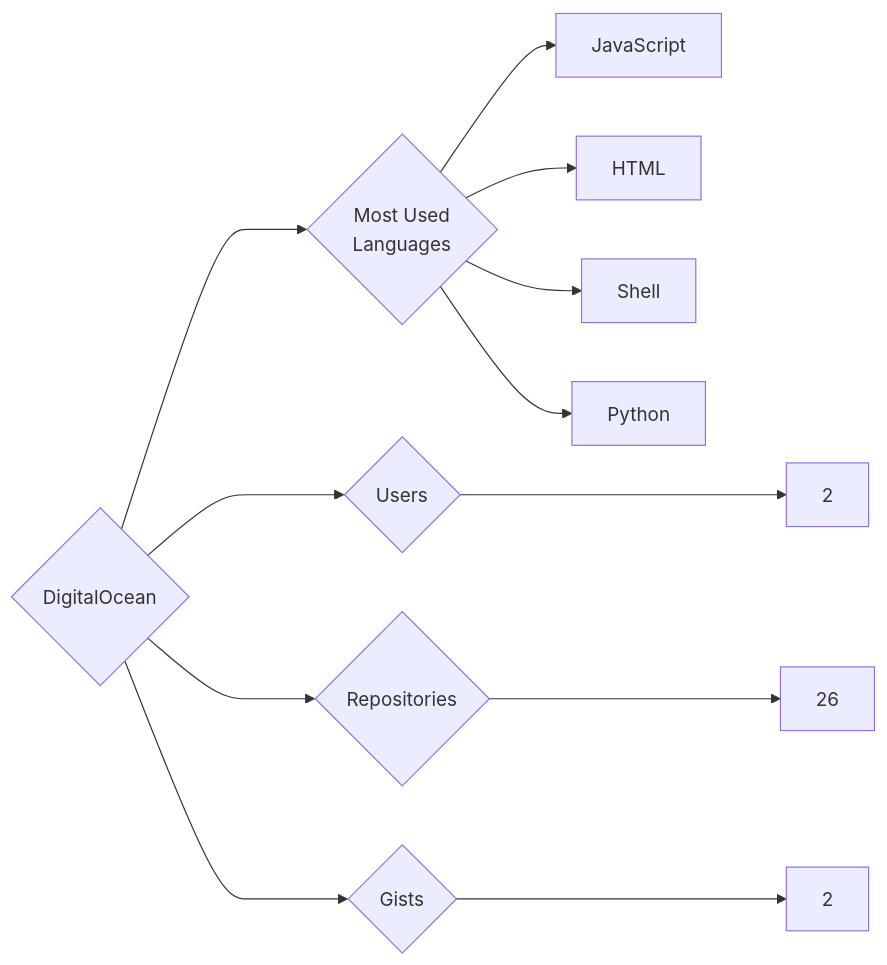
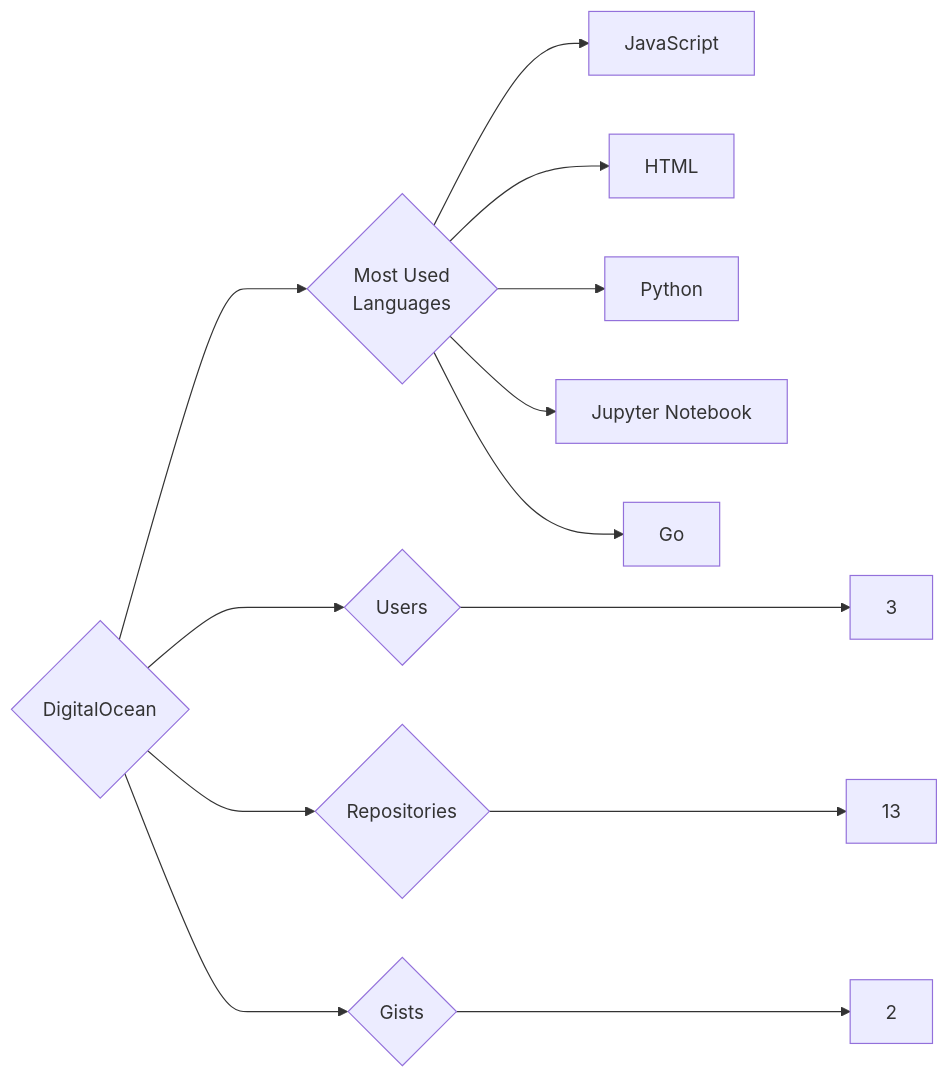
The diagram in targets/DigitalOcean/README.md (trickest/insiders), drawn with Mermaid before and after one commit. The commit also changed 815 other files, not shown here.

````diff
--- a/targets/DigitalOcean/README.md
+++ b/targets/DigitalOcean/README.md
@@ -3,12 +3,13 @@
 ```mermaid
 graph LR
 COMPANY_NAME{DigitalOcean}
-COMPANY_NAME ---> U{Users} ---> UN[2]
-COMPANY_NAME ---> R{Repositories} ---> RN[26]
+COMPANY_NAME ---> U{Users} ---> UN[3]
+COMPANY_NAME ---> R{Repositories} ---> RN[13]
 COMPANY_NAME ---> G{Gists} ---> GN[2]
 COMPANY_NAME ---> ML{Most Used<br>Languages}
 ML --> JavaScript[JavaScript]
 ML --> HTML[HTML]
-ML --> Shell[Shell]
 ML --> Python[Python]
+ML --> Jupyter_Notebook[Jupyter Notebook]
+ML --> Go[Go]
 ```
````
